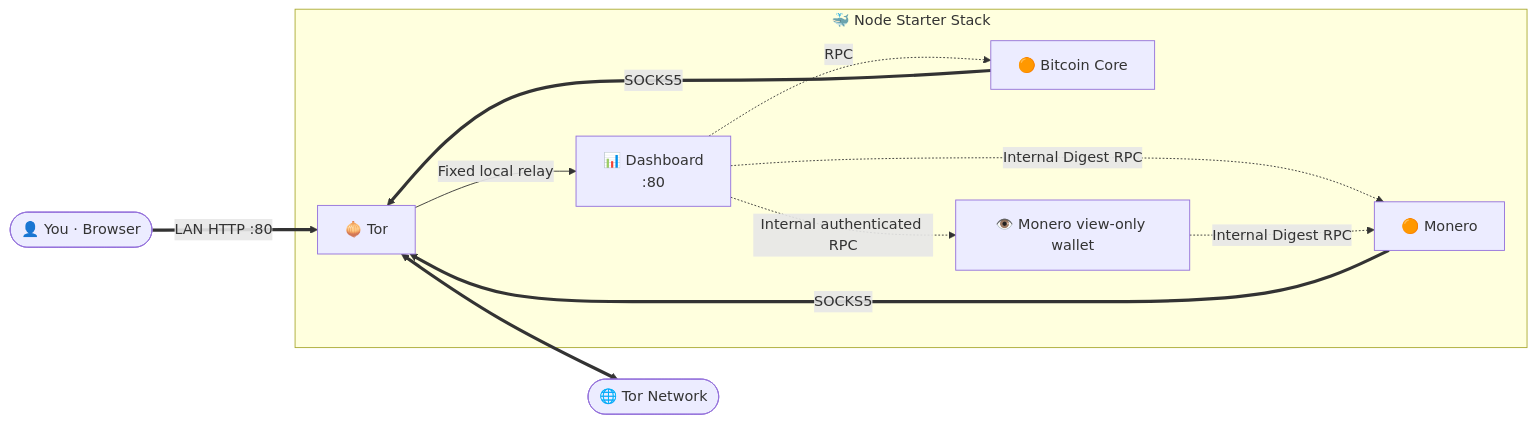
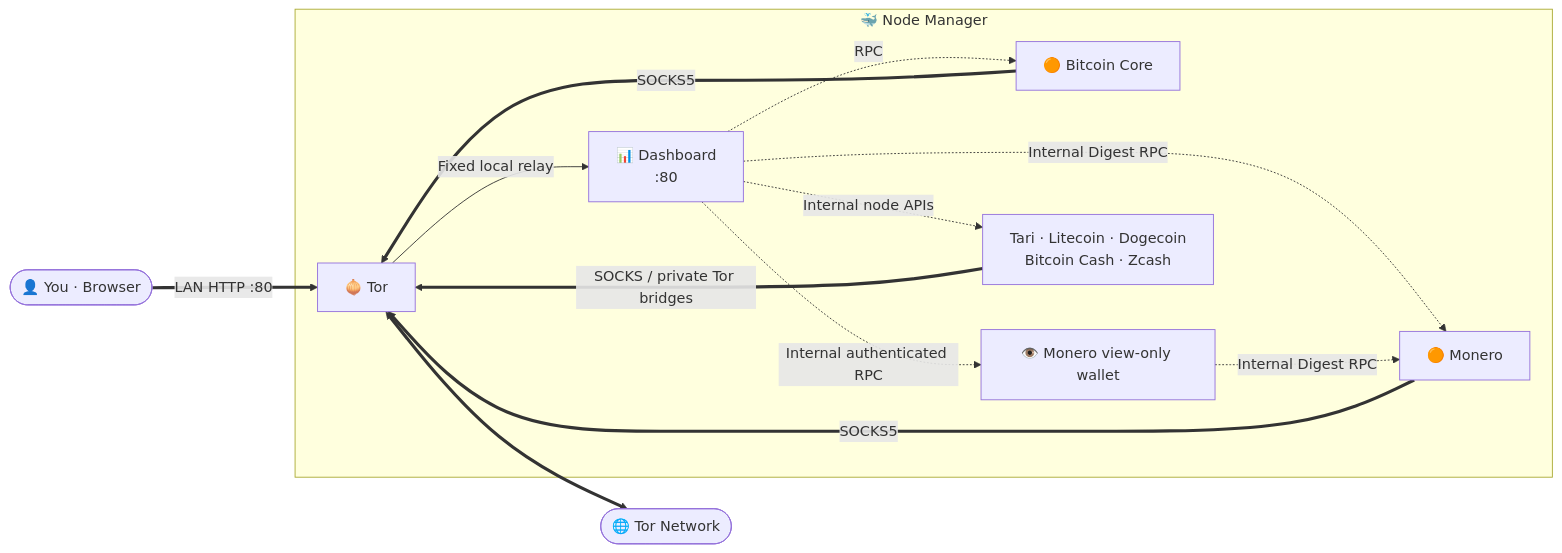
The diagram in README.md (VijitSingh97/bitcoin-starter-stack), drawn with Mermaid before and after one commit. The commit also changed other lines of this file and 106 other files, not shown here.

Commit message:
Add seven-node runtime and Node Manager dashboard

````diff
--- a/README.md
+++ b/README.md
@@ -266,23 +278,26 @@
 ```mermaid
 flowchart LR
     You(["👤 You · Browser"])
     Net(["🌐 Tor Network"])
 
-    subgraph stack ["🐳 Node Starter Stack"]
+    subgraph stack ["🐳 Node Manager"]
         Dashboard["📊 Dashboard<br/>:80"]
         Bitcoin["🟠 Bitcoin Core"]
         Monero["🟠 Monero"]
         MoneroWallet["👁️ Monero view-only wallet"]
+        OtherNodes["Tari · Litecoin · Dogecoin<br/>Bitcoin Cash · Zcash"]
         Tor["🧅 Tor"]
     end
 
     You ==>|LAN HTTP :80| Tor
     Tor -->|Fixed local relay| Dashboard
     Dashboard -.->|RPC| Bitcoin
     Dashboard -.->|Internal Digest RPC| Monero
     Dashboard -.->|Internal authenticated RPC| MoneroWallet
     MoneroWallet -.->|Internal Digest RPC| Monero
+    Dashboard -.->|Internal node APIs| OtherNodes
     Bitcoin ==>|SOCKS5| Tor
     Monero ==>|SOCKS5| Tor
+    OtherNodes ==>|SOCKS / private Tor bridges| Tor
     Tor <==> Net
 ```
````
